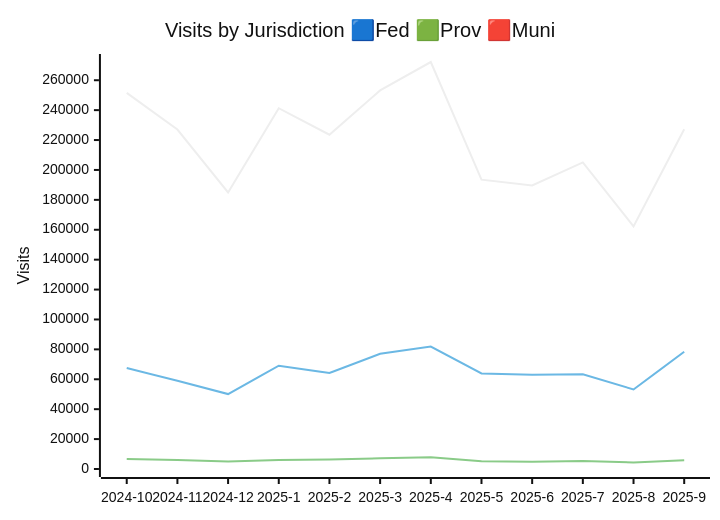
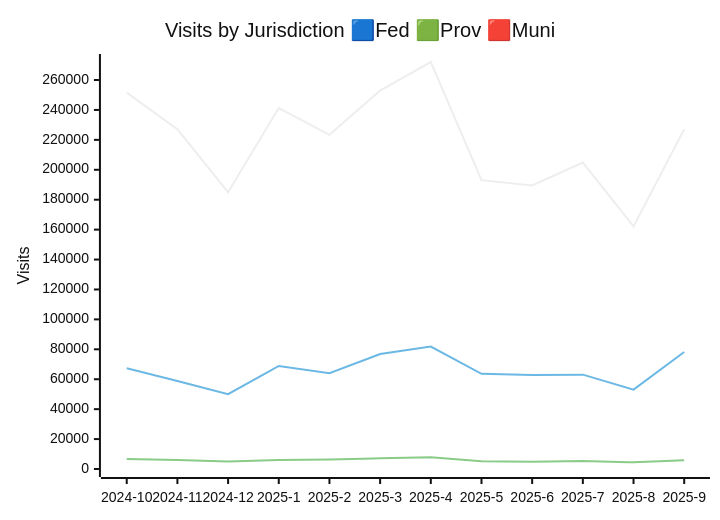
Before and after one commit to PatLittle/analytics-corporate-reporting: the second of 3 diagrams in JURISDICTION_ANALYTICS_REPORT/readme.md, drawn with Mermaid (neutral theme). The commit also changed other lines of this file and 3 other files, not shown here.

````diff
--- a/JURISDICTION_ANALYTICS_REPORT/readme.md
+++ b/JURISDICTION_ANALYTICS_REPORT/readme.md
@@ -27,10 +27,10 @@
 ```mermaid
 
 xychart-beta
     title "Visits by Jurisdiction 🟦Fed 🟩Prov 🟥Muni"
     x-axis [2024-10, 2024-11, 2024-12, 2025-1, 2025-2, 2025-3, 2025-4, 2025-5, 2025-6, 2025-7, 2025-8, 2025-9]
-    y-axis "Visits" 0 --> 272193
-    line [251551, 227042, 184989, 241280, 223561, 253207, 272183, 193511, 189610, 205058, 162258, 227223]
-    line [67518, 58961, 50116, 69088, 64174, 77027, 81909, 63892, 63111, 63331, 53194, 78387]
-    line [6643, 6054, 4970, 6014, 6299, 7117, 7805, 5126, 4800, 5300, 4430, 5839]
+    y-axis "Visits" 0 --> 272042
+    line [251551, 227042, 184989, 241280, 223373, 252966, 272032, 193042, 189470, 204827, 162129, 227055]
+    line [67335, 58847, 49976, 68865, 64045, 76828, 81839, 63660, 62876, 63076, 53029, 78207]
+    line [6643, 6053, 4970, 6013, 6298, 7116, 7801, 5126, 4797, 5298, 4430, 5839]
 ```
````
